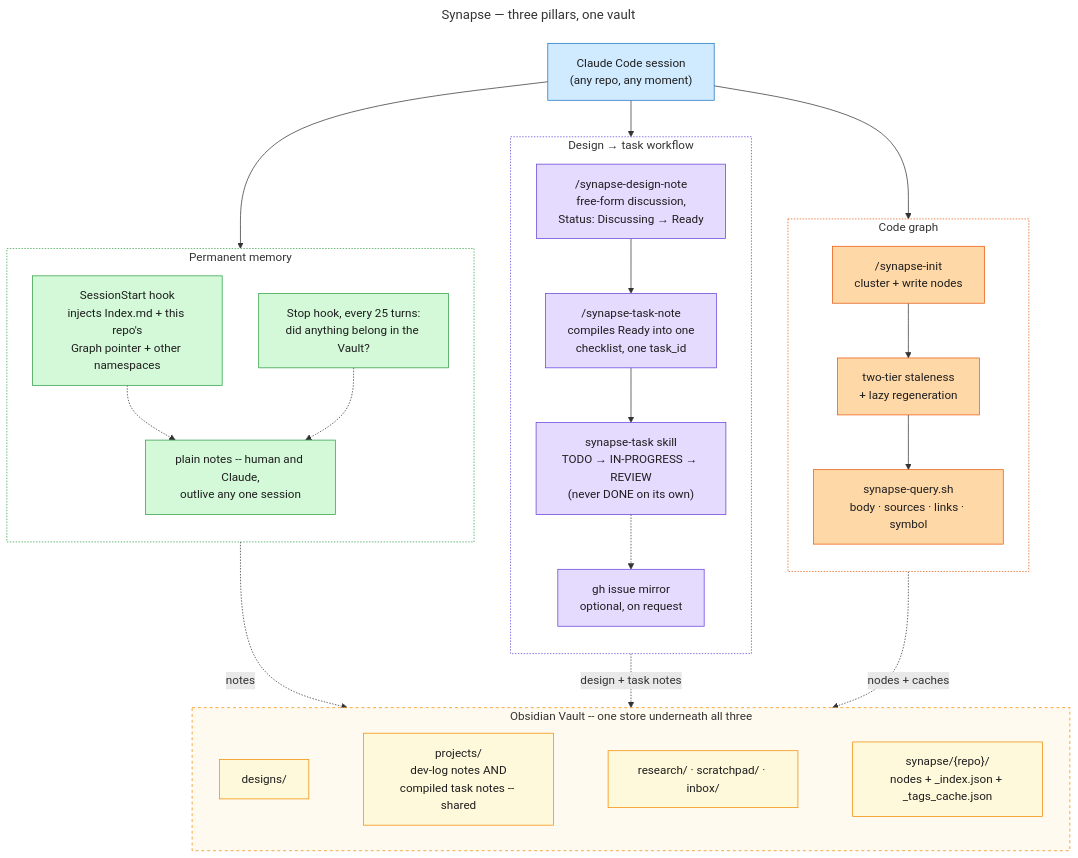
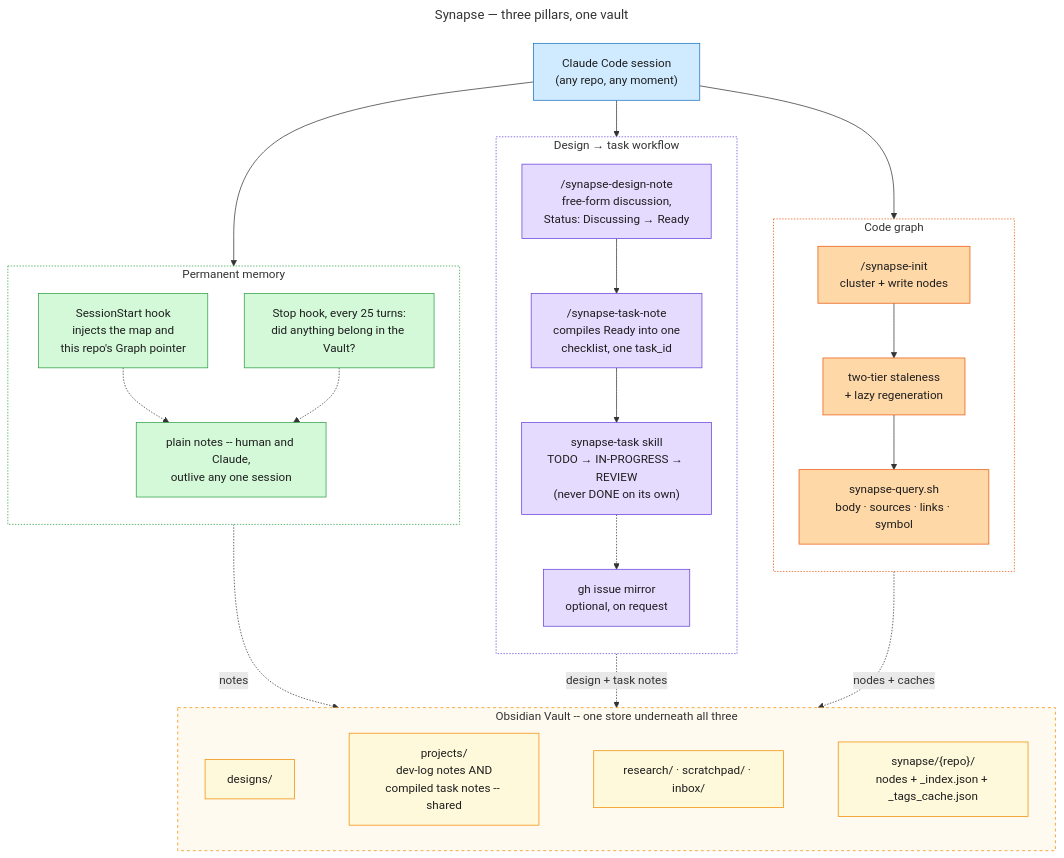
One commit to imunitic/second-brain-setup changed the diagram in docs/diagrams/synapse-overview.mmd. Above: the diagram before and after it, drawn with Mermaid. The commit also changed 12 other files, not shown here.

```diff
--- a/docs/diagrams/synapse-overview.mmd
+++ b/docs/diagrams/synapse-overview.mmd
@@ -1,76 +1,76 @@
 ---
 title: Synapse — three pillars, one vault
 ---
 %% A capability-level map, not an architecture diagram -- docs/README.md's "three
 %% components" (Vault / Graph / Tools) describes what things ARE; this describes
 %% what a session actually GETS. The three pillar boxes are deliberately drawn the
 %% same size: the Graph is mechanically the most complex (two staleness tiers, a
 %% tags cache, tree-sitter), but conceptually it is one of three, not the main
 %% event -- sizing them equally is the point, not an oversight. (Subgraph titles
 %% stay one line on purpose -- a <br/> in a subgraph label, unlike a node label,
 %% collides with the first node instead of wrapping.)
 flowchart TB
     classDef session fill:#d0ebff,stroke:#1971c2,color:#1e1e1e
     classDef memory fill:#d3f9d8,stroke:#2f9e44,color:#1e1e1e
     classDef workflow fill:#e5dbff,stroke:#6741d9,color:#1e1e1e
     classDef codegraph fill:#ffd8a8,stroke:#e8590c,color:#1e1e1e
     classDef vault fill:#fff9db,stroke:#f08c00,color:#1e1e1e
 
     SESSION["Claude Code session<br/>(any repo, any moment)"]
 
     subgraph MEM["Permanent memory"]
         direction TB
-        M1["SessionStart hook<br/>injects Index.md + this repo's<br/>Graph pointer + other namespaces"]
+        M1["SessionStart hook<br/>injects the map and<br/>this repo's Graph pointer"]
         M2["Stop hook, every 25 turns:<br/>did anything belong in the Vault?"]
         M3["plain notes -- human and Claude,<br/>outlive any one session"]
         M1 -.-> M3
         M2 -.-> M3
     end
 
     subgraph WORK["Design → task workflow"]
         direction TB
         W1["/synapse-design-note<br/>free-form discussion,<br/>Status: Discussing → Ready"]
         W2["/synapse-task-note<br/>compiles Ready into one<br/>checklist, one task_id"]
         W3["synapse-task skill<br/>TODO → IN-PROGRESS → REVIEW<br/>(never DONE on its own)"]
         W4["gh issue mirror<br/>optional, on request"]
         W1 --> W2 --> W3 -.-> W4
     end
 
     subgraph GRAPH["Code graph"]
         direction TB
         G1["/synapse-init<br/>cluster + write nodes"]
         G2["two-tier staleness<br/>+ lazy regeneration"]
         G3["synapse-query.sh<br/>body · sources · links · symbol"]
         G1 --> G2 --> G3
     end
 
     subgraph VAULT["Obsidian Vault -- one store underneath all three"]
         direction LR
         VDESIGNS["designs/"]
         VPROJECTS["projects/<br/>dev-log notes AND<br/>compiled task notes -- shared"]
         VRESEARCH["research/ · scratchpad/ · inbox/"]
         VSYNAPSE["synapse/{repo}/<br/>nodes + _index.json + _tags_cache.json"]
         VDESIGNS ~~~ VPROJECTS ~~~ VRESEARCH ~~~ VSYNAPSE
     end
 
     SESSION --> MEM
     SESSION --> WORK
     SESSION --> GRAPH
 
     %% One edge per pillar into the shared store, not a per-node fan-out --
     %% the point is "all three write here", not which exact folder each uses
     %% (that detail is one glance away inside the Vault box itself).
     MEM -.->|"notes"| VAULT
     WORK -.->|"design + task notes"| VAULT
     GRAPH -.->|"nodes + caches"| VAULT
 
     class SESSION session
     class M1,M2,M3 memory
     class W1,W2,W3,W4 workflow
     class G1,G2,G3 codegraph
     class VDESIGNS,VPROJECTS,VRESEARCH,VSYNAPSE vault
 
     style MEM fill:#ffffff,stroke:#2f9e44,stroke-dasharray:2 2
     style WORK fill:#ffffff,stroke:#6741d9,stroke-dasharray:2 2
     style GRAPH fill:#ffffff,stroke:#e8590c,stroke-dasharray:2 2
     style VAULT fill:#fffaf0,stroke:#f08c00,stroke-dasharray:4 4
```
